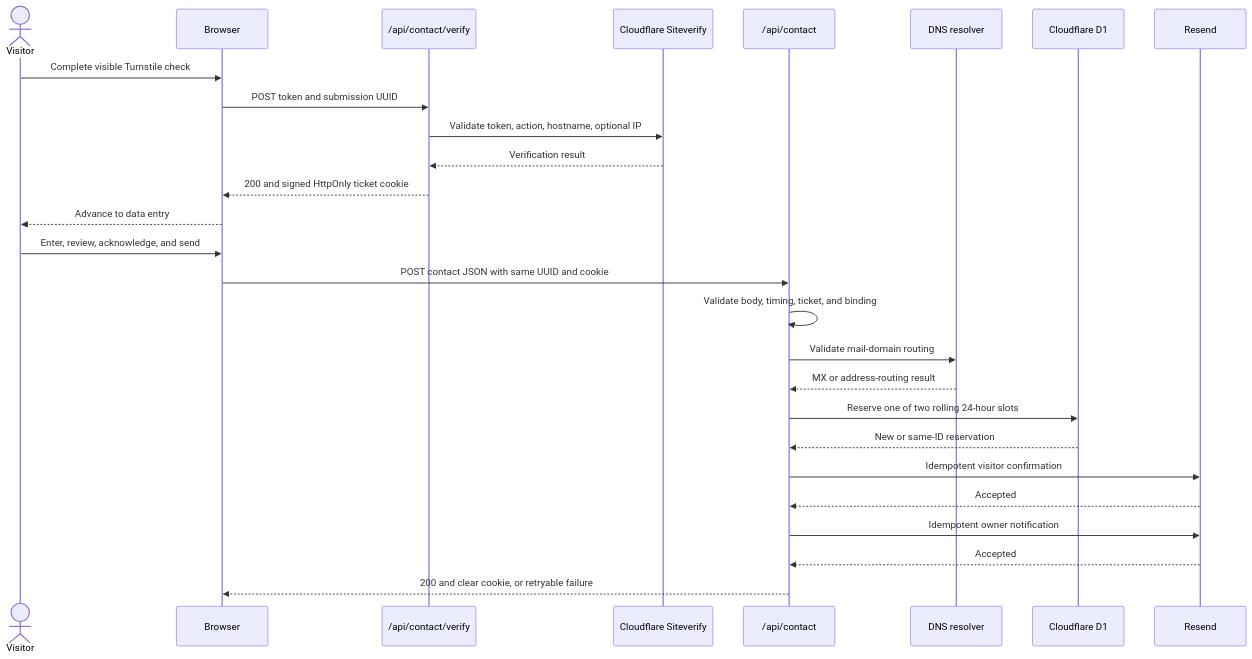
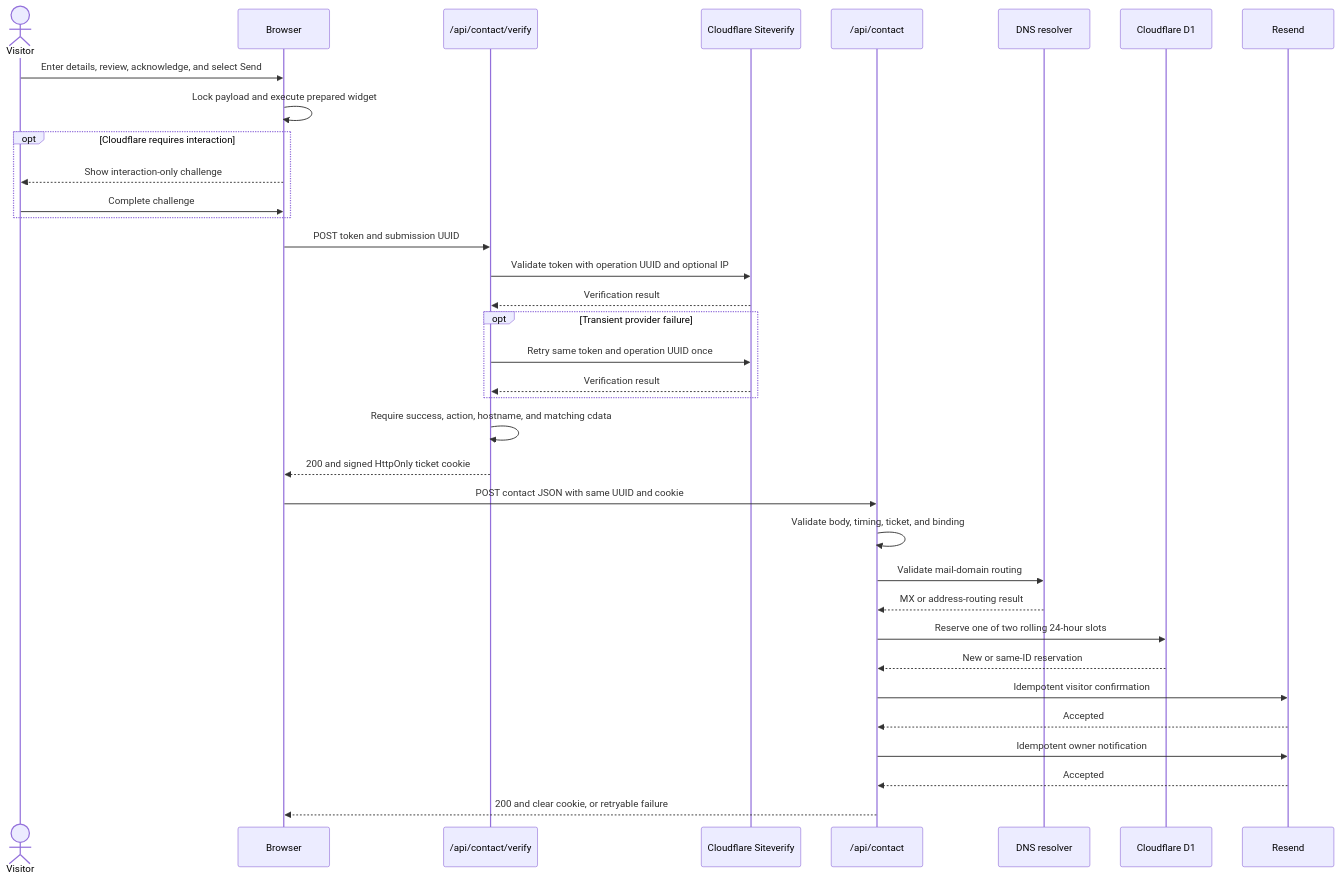
One commit to nicolasgioanni/Smart-Porfolio changed the diagram in docs/CONTACT_SYSTEM.md. Above: the diagram before and after it, drawn with Mermaid. The commit also changed other lines of this file and 12 other files, not shown here.

````diff
--- a/docs/CONTACT_SYSTEM.md
+++ b/docs/CONTACT_SYSTEM.md
@@ -28,30 +28,38 @@
 ```mermaid
 sequenceDiagram
     actor Visitor
     participant Browser
     participant Verify as /api/contact/verify
     participant Turnstile as Cloudflare Siteverify
     participant Deliver as /api/contact
     participant DNS as DNS resolver
     participant D1 as Cloudflare D1
     participant Resend
 
-    Visitor->>Browser: Complete visible Turnstile check
+    Visitor->>Browser: Enter details, review, acknowledge, and select Send
+    Browser->>Browser: Lock payload and execute prepared widget
+    opt Cloudflare requires interaction
+        Browser-->>Visitor: Show interaction-only challenge
+        Visitor->>Browser: Complete challenge
+    end
     Browser->>Verify: POST token and submission UUID
-    Verify->>Turnstile: Validate token, action, hostname, optional IP
+    Verify->>Turnstile: Validate token with operation UUID and optional IP
     Turnstile-->>Verify: Verification result
+    opt Transient provider failure
+        Verify->>Turnstile: Retry same token and operation UUID once
+        Turnstile-->>Verify: Verification result
+    end
+    Verify->>Verify: Require success, action, hostname, and matching cdata
     Verify-->>Browser: 200 and signed HttpOnly ticket cookie
-    Browser-->>Visitor: Advance to data entry
-    Visitor->>Browser: Enter, review, acknowledge, and send
     Browser->>Deliver: POST contact JSON with same UUID and cookie
     Deliver->>Deliver: Validate body, timing, ticket, and binding
     Deliver->>DNS: Validate mail-domain routing
     DNS-->>Deliver: MX or address-routing result
     Deliver->>D1: Reserve one of two rolling 24-hour slots
     D1-->>Deliver: New or same-ID reservation
     Deliver->>Resend: Idempotent visitor confirmation
     Resend-->>Deliver: Accepted
     Deliver->>Resend: Idempotent owner notification
     Resend-->>Deliver: Accepted
     Deliver-->>Browser: 200 and clear cookie, or retryable failure
 ```
````
